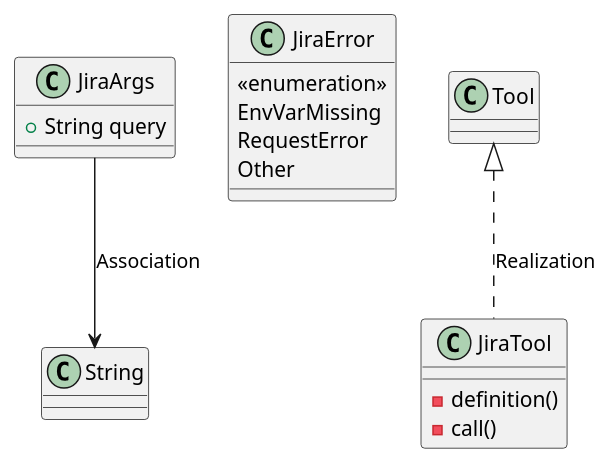
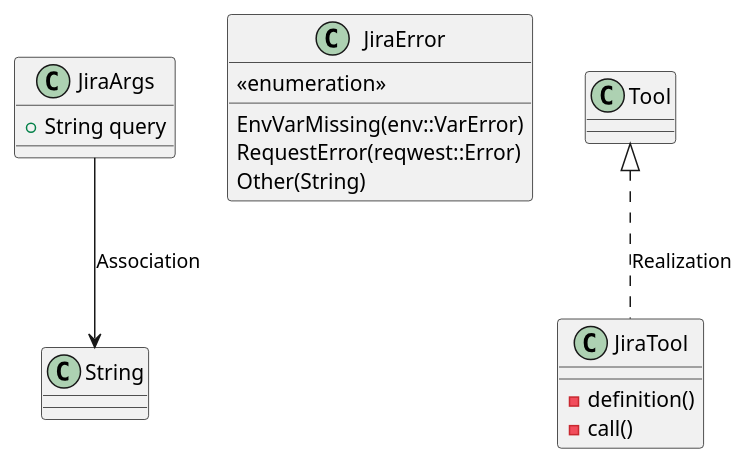
Before and after one commit to lgcorzo/fastapi-autogen-team: the first of 2 diagrams in openwiki/modules/src/infrastructure/tools/jira.md, drawn with PlantUML. The commit also changed other lines of this file and 34 other files, not shown here.

````diff
--- a/openwiki/modules/src/infrastructure/tools/jira.md
+++ b/openwiki/modules/src/infrastructure/tools/jira.md
@@ -29,19 +29,19 @@
 ```plantuml
 @startuml
     class JiraArgs {
         +String query
     }
     class JiraError {
         <<enumeration>>
-        EnvVarMissing
-        RequestError
-        Other
+        EnvVarMissing(env::VarError)
+        RequestError(reqwest::Error)
+        Other(String)
     }
     class JiraTool {
         -definition()
         -call()
     }
     JiraArgs --> String : Association
     Tool <|.. JiraTool : Realization
 @enduml
 ```
````
